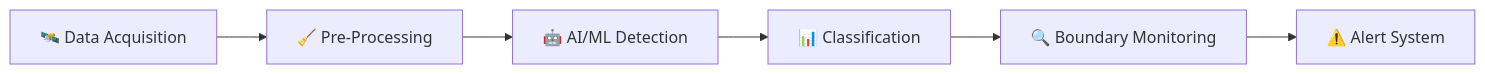
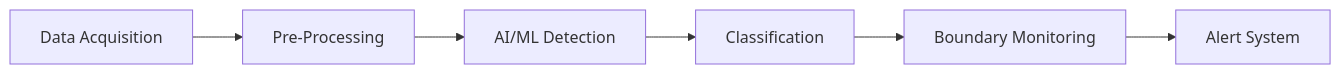
Before and after one commit to Vysh-131/LMM: the first of 2 diagrams in README.md, drawn with Mermaid. The commit also changed other lines of this file, not shown here.

````diff
--- a/README.md
+++ b/README.md
@@ -34,8 +34,8 @@
 ```mermaid
 flowchart LR
-    A["🛰️ Data Acquisition"] --> B["🧹 Pre-Processing"]
-    B --> C["🤖 AI/ML Detection"]
-    C --> D["📊 Classification"]
-    D --> E["🔍 Boundary Monitoring"]
-    E --> F["⚠️ Alert System"]
+    A["Data Acquisition"] --> B["Pre-Processing"]
+    B --> C["AI/ML Detection"]
+    C --> D["Classification"]
+    D --> E["Boundary Monitoring"]
+    E --> F["Alert System"]
 ```
````
